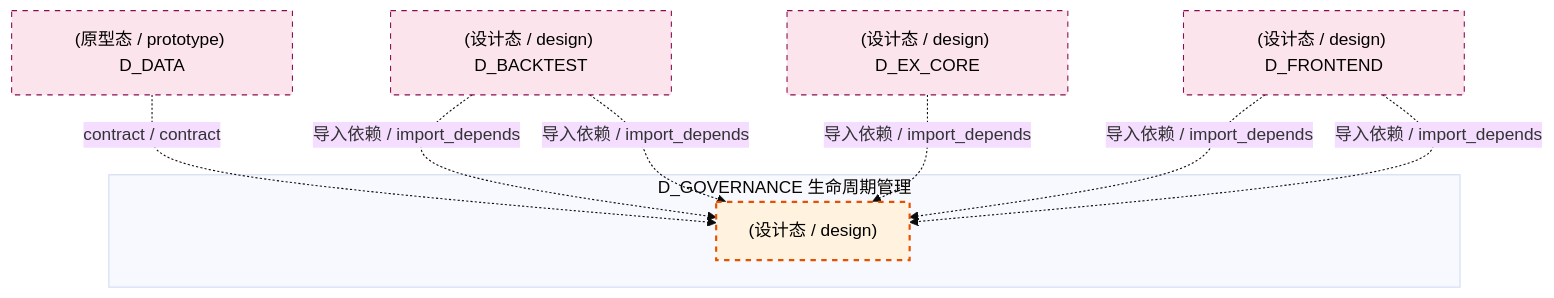
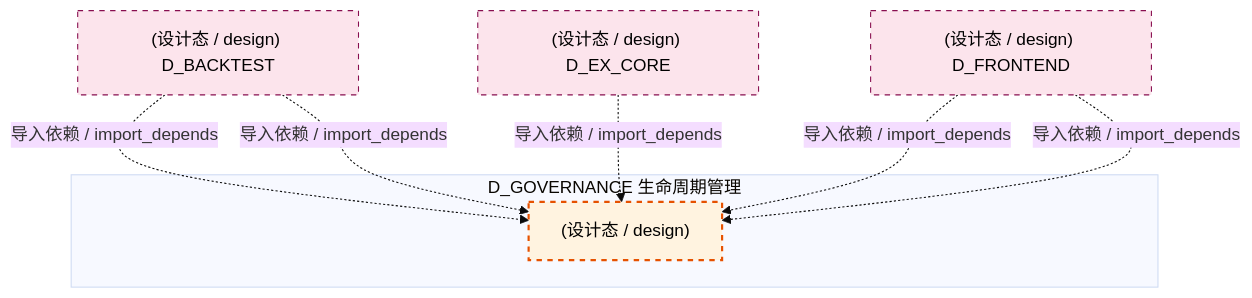
Before and after one commit to xuanFelixVan/ZephyrAlpha: the tenth of 12 diagrams in docs/02_enterprise_architecture/02_domain_architecture_docs/38_d_governance.md, drawn with Mermaid (base theme). The commit also changed other lines of this file and 97 other files, not shown here.

````diff
--- a/docs/02_enterprise_architecture/02_domain_architecture_docs/38_d_governance.md
+++ b/docs/02_enterprise_architecture/02_domain_architecture_docs/38_d_governance.md
@@ -1109,22 +1108,20 @@
 ```mermaid
 graph TD
     subgraph D_GOVERNANCE["D_GOVERNANCE 生命周期管理"]
         src_zephyr_governance_data_governance_miniqmt_provider_py["(设计态 / design) "]
     end
-    D_DATA["(原型态 / prototype) D_DATA"]
-    D_DATA -.->|contract / contract| src_zephyr_governance_data_governance_miniqmt_provider_py
     D_BACKTEST["(设计态 / design) D_BACKTEST"]
     D_BACKTEST -.->|导入依赖 / import_depends| src_zephyr_governance_data_governance_miniqmt_provider_py
     D_BACKTEST -.->|导入依赖 / import_depends| src_zephyr_governance_data_governance_miniqmt_provider_py
     D_EX_CORE["(设计态 / design) D_EX_CORE"]
     D_EX_CORE -.->|导入依赖 / import_depends| src_zephyr_governance_data_governance_miniqmt_provider_py
     D_FRONTEND["(设计态 / design) D_FRONTEND"]
     D_FRONTEND -.->|导入依赖 / import_depends| src_zephyr_governance_data_governance_miniqmt_provider_py
     D_FRONTEND -.->|导入依赖 / import_depends| src_zephyr_governance_data_governance_miniqmt_provider_py
     classDef production fill:#e1f5fe,stroke:#01579b,stroke-width:2px,color:#000
     classDef design fill:#fff3e0,stroke:#e65100,stroke-width:2px,color:#000,stroke-dasharray: 5 5
     classDef external_prod fill:#e8f5e9,stroke:#1b5e20,stroke-width:1px,color:#000
     classDef external_design fill:#fce4ec,stroke:#880e4f,stroke-width:1px,color:#000,stroke-dasharray: 5 5
     class src_zephyr_governance_data_governance_miniqmt_provider_py design
-    class D_DATA,D_BACKTEST,D_EX_CORE,D_FRONTEND external_design
+    class D_BACKTEST,D_EX_CORE,D_FRONTEND external_design
 ```
````
